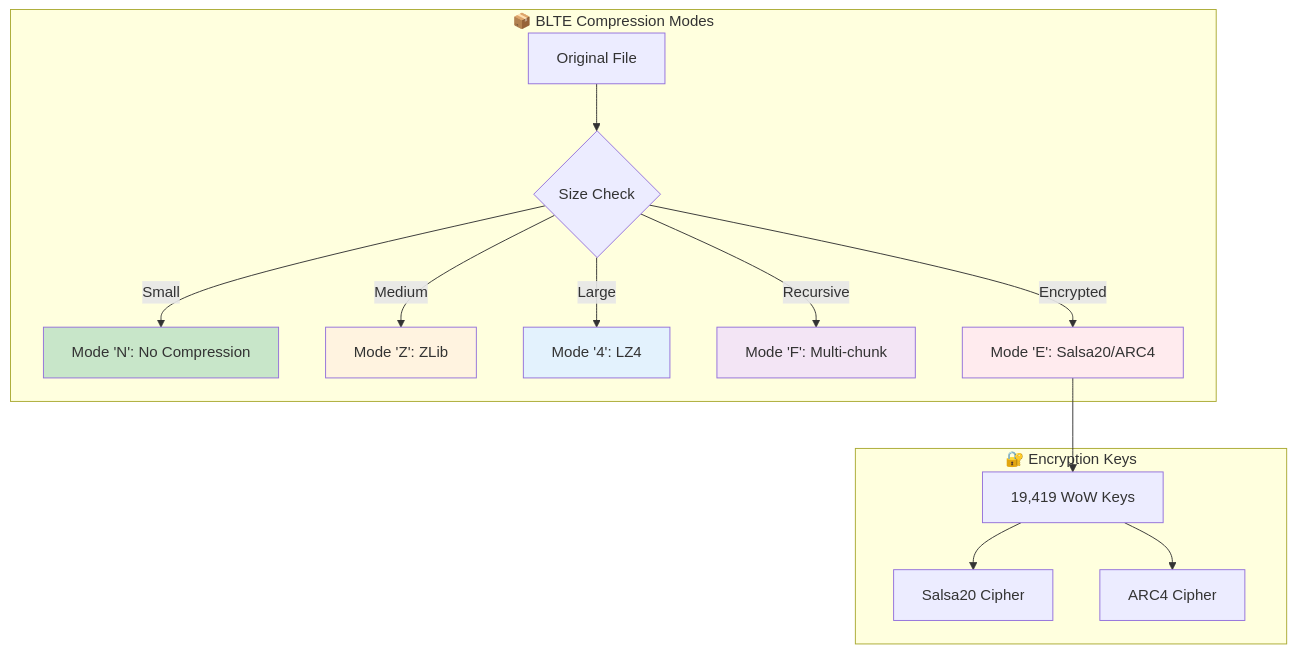
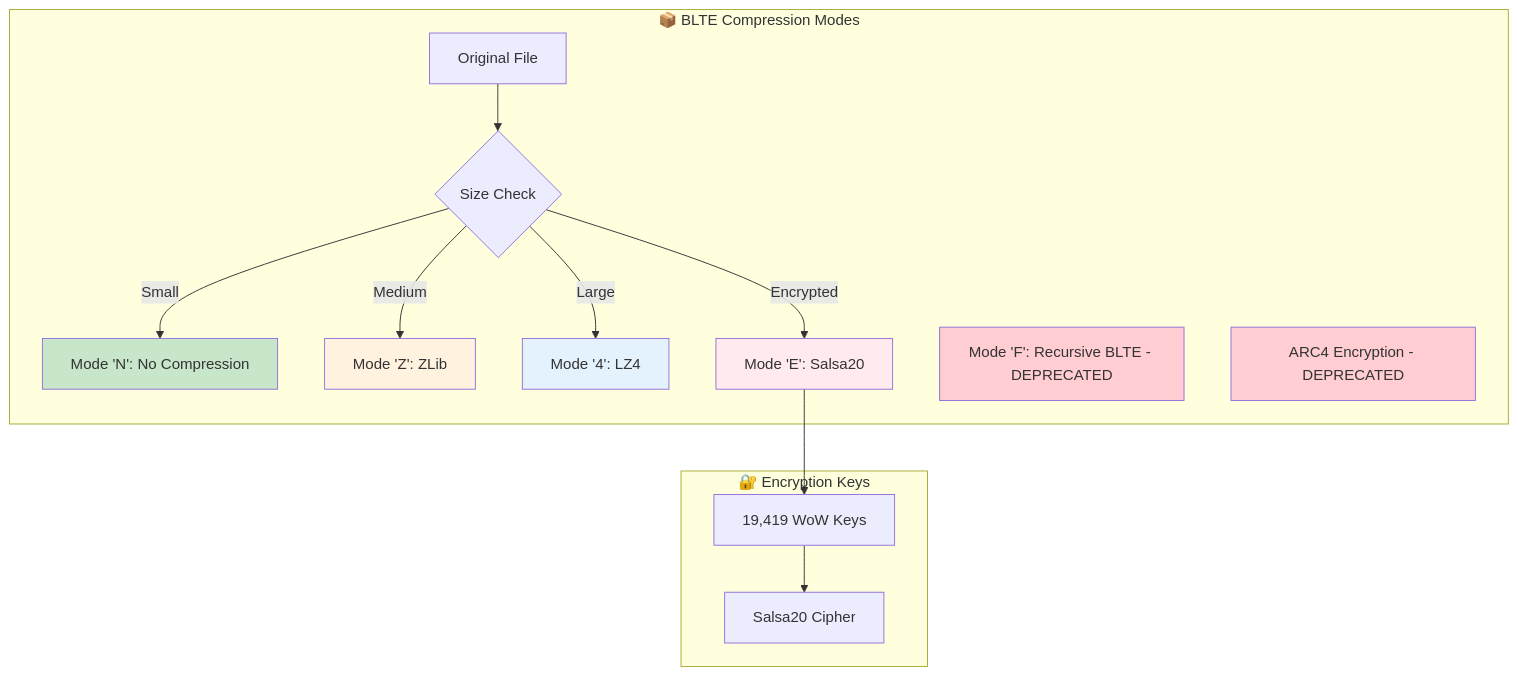
Before and after one commit to wowemulation-dev/cascette-rs: the eighth of 13 diagrams in docs/NGDP Summary.md, drawn with Mermaid. The commit also changed other lines of this file and 52 other files, not shown here.

````diff
--- a/docs/NGDP Summary.md
+++ b/docs/NGDP Summary.md
@@ -253,27 +262,28 @@
 ```mermaid
 graph TD
     subgraph "📦 BLTE Compression Modes"
         A[Original File] --> B{Size Check}
         B -->|Small| C[Mode 'N': No Compression]
         B -->|Medium| D[Mode 'Z': ZLib]
         B -->|Large| E[Mode '4': LZ4]
-        B -->|Recursive| F[Mode 'F': Multi-chunk]
-        B -->|Encrypted| G[Mode 'E': Salsa20/ARC4]
+        B -->|Encrypted| G[Mode 'E': Salsa20]
+
+        F[Mode 'F': Recursive BLTE - DEPRECATED]
+        H[ARC4 Encryption - DEPRECATED]
     end
-    
+
     subgraph "🔐 Encryption Keys"
-        H[19,419 WoW Keys]
-        I[Salsa20 Cipher]
-        J[ARC4 Cipher]
+        I[19,419 WoW Keys]
+        J[Salsa20 Cipher]
     end
-    
-    G --> H
-    H --> I
-    H --> J
-    
+
+    G --> I
+    I --> J
+
     style C fill:#c8e6c9
     style D fill:#fff3e0
     style E fill:#e3f2fd
-    style F fill:#f3e5f5
+    style F fill:#ffcdd2
     style G fill:#ffebee
+    style H fill:#ffcdd2
 ```
````
